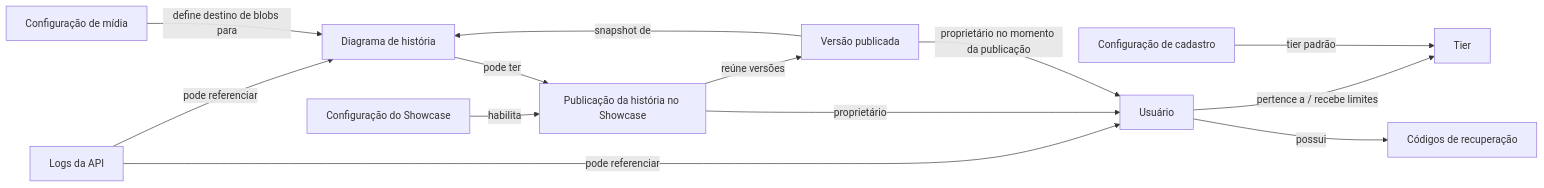
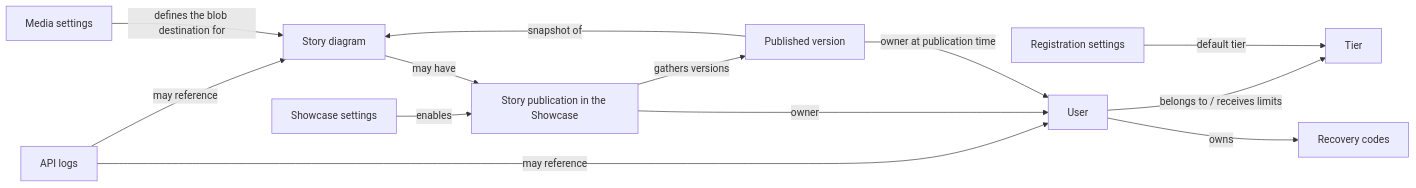
One commit to CaioFViana/Keres changed the second of 2 diagrams in docs/project_plan.md. Above: the diagram before and after it, drawn with Mermaid. The commit also changed other lines of this file and 314 other files, not shown here.

````diff
--- a/docs/project_plan.md
+++ b/docs/project_plan.md
@@ -247,29 +247,29 @@
 ```mermaid
 graph LR
-    users[Usuário]
+    users[User]
     tiers[Tier]
-    registration_settings[Configuração de cadastro]
-    recovery_codes[Códigos de recuperação]
-    api_logs[Logs da API]
-    showcase_settings[Configuração do Showcase]
-    media_storage_settings[Configuração de mídia]
-    showcase_entry[Publicação da história no Showcase]
-    publication[Versão publicada]
-    story_diagram[Diagrama de história]
+    registration_settings[Registration settings]
+    recovery_codes[Recovery codes]
+    api_logs[API logs]
+    showcase_settings[Showcase settings]
+    media_storage_settings[Media settings]
+    showcase_entry[Story publication in the Showcase]
+    publication[Published version]
+    story_diagram[Story diagram]
 
-    users -- pertence a / recebe limites --> tiers
-    registration_settings -- tier padrão --> tiers
-    users -- possui --> recovery_codes
+    users -- belongs to / receives limits --> tiers
+    registration_settings -- default tier --> tiers
+    users -- owns --> recovery_codes
 
-    api_logs -- pode referenciar --> users
-    api_logs -- pode referenciar --> story_diagram
+    api_logs -- may reference --> users
+    api_logs -- may reference --> story_diagram
 
-    showcase_settings -- habilita --> showcase_entry
-    media_storage_settings -- define destino de blobs para --> story_diagram
+    showcase_settings -- enables --> showcase_entry
+    media_storage_settings -- defines the blob destination for --> story_diagram
 
-    story_diagram -- pode ter --> showcase_entry
-    showcase_entry -- proprietário --> users
-    showcase_entry -- reúne versões --> publication
-    publication -- proprietário no momento da publicação --> users
-    publication -- snapshot de --> story_diagram
+    story_diagram -- may have --> showcase_entry
+    showcase_entry -- owner --> users
+    showcase_entry -- gathers versions --> publication
+    publication -- owner at publication time --> users
+    publication -- snapshot of --> story_diagram
 ```
````
